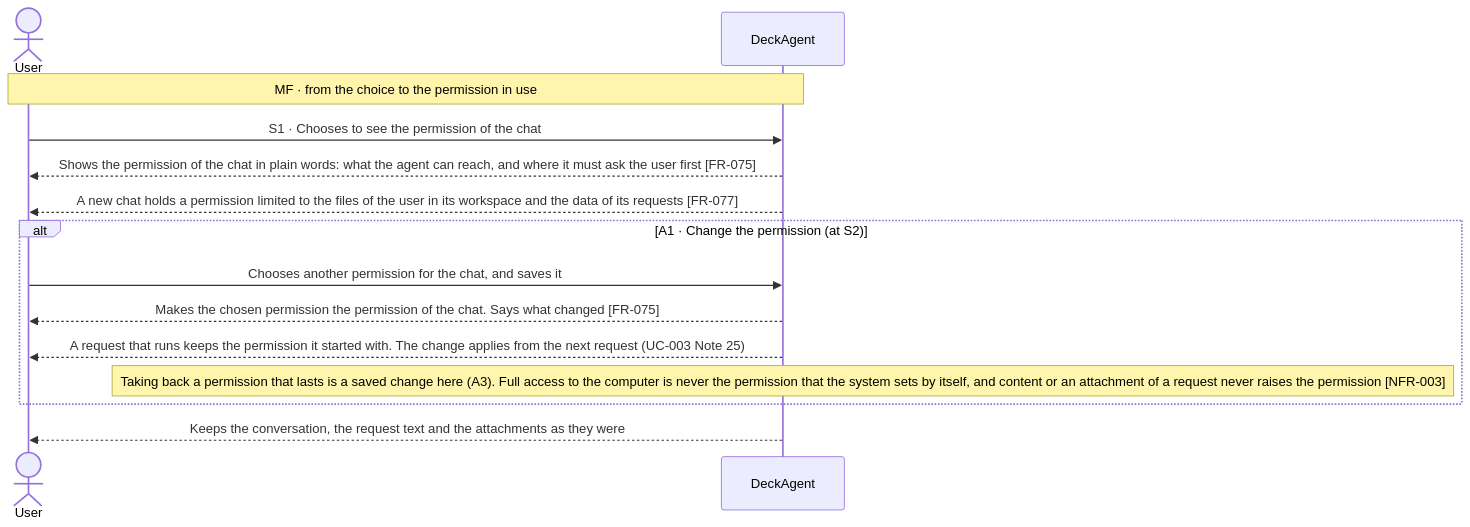
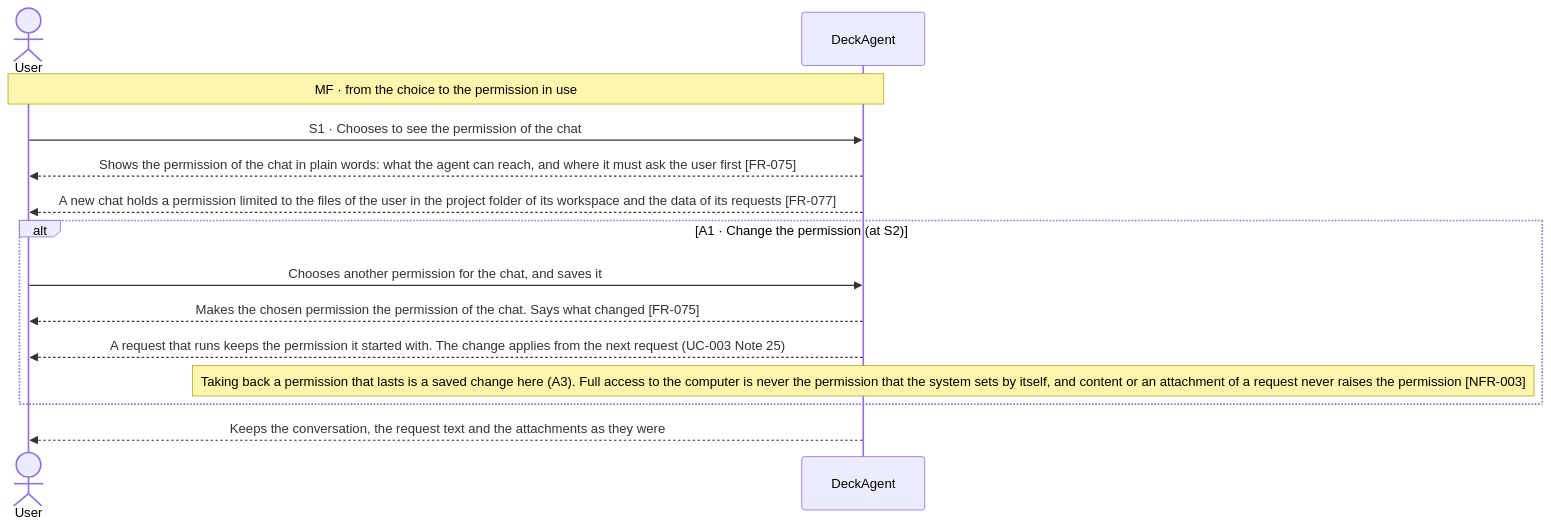
The first of 2 diagrams in docs/spec/03-use-cases/UC-014.md (Luke23127006/DeckAgent), drawn with Mermaid before and after one commit. The commit also changed other lines of this file and 31 other files, not shown here.

````diff
--- a/docs/spec/03-use-cases/UC-014.md
+++ b/docs/spec/03-use-cases/UC-014.md
@@ -44,16 +45,16 @@
 ```mermaid
 sequenceDiagram
     actor User
     participant DeckAgent
     Note over User,DeckAgent: MF · from the choice to the permission in use
     User->>DeckAgent: S1 · Chooses to see the permission of the chat
     DeckAgent-->>User: Shows the permission of the chat in plain words: what the agent can reach, and where it must ask the user first [FR-075]
-    DeckAgent-->>User: A new chat holds a permission limited to the files of the user in its workspace and the data of its requests [FR-077]
+    DeckAgent-->>User: A new chat holds a permission limited to the files of the user in the project folder of its workspace and the data of its requests [FR-077]
     alt A1 · Change the permission (at S2)
         User->>DeckAgent: Chooses another permission for the chat, and saves it
         DeckAgent-->>User: Makes the chosen permission the permission of the chat. Says what changed [FR-075]
         DeckAgent-->>User: A request that runs keeps the permission it started with. The change applies from the next request (UC-003 Note 25)
         note over DeckAgent: Taking back a permission that lasts is a saved change here (A3). Full access to the computer is never the permission that the system sets by itself, and content or an attachment of a request never raises the permission [NFR-003]
     end
     DeckAgent-->>User: Keeps the conversation, the request text and the attachments as they were
 ```
````
